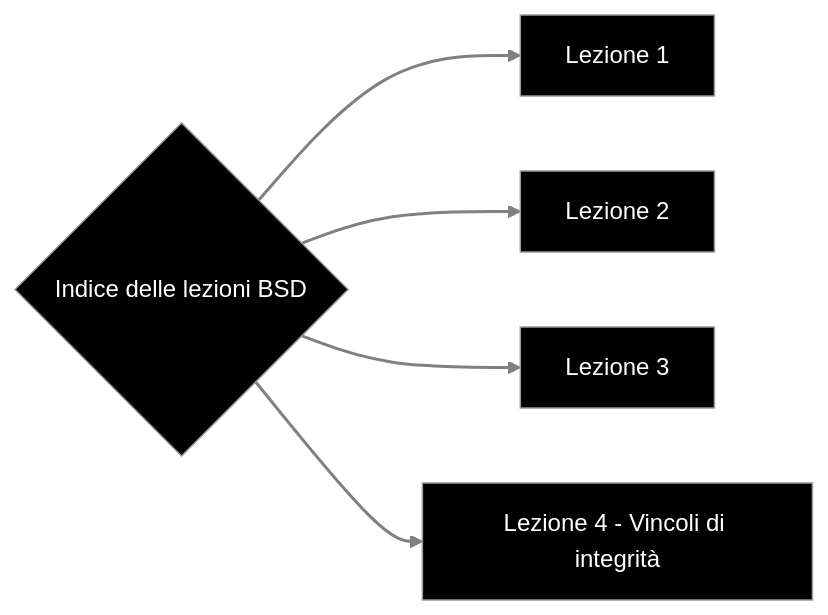
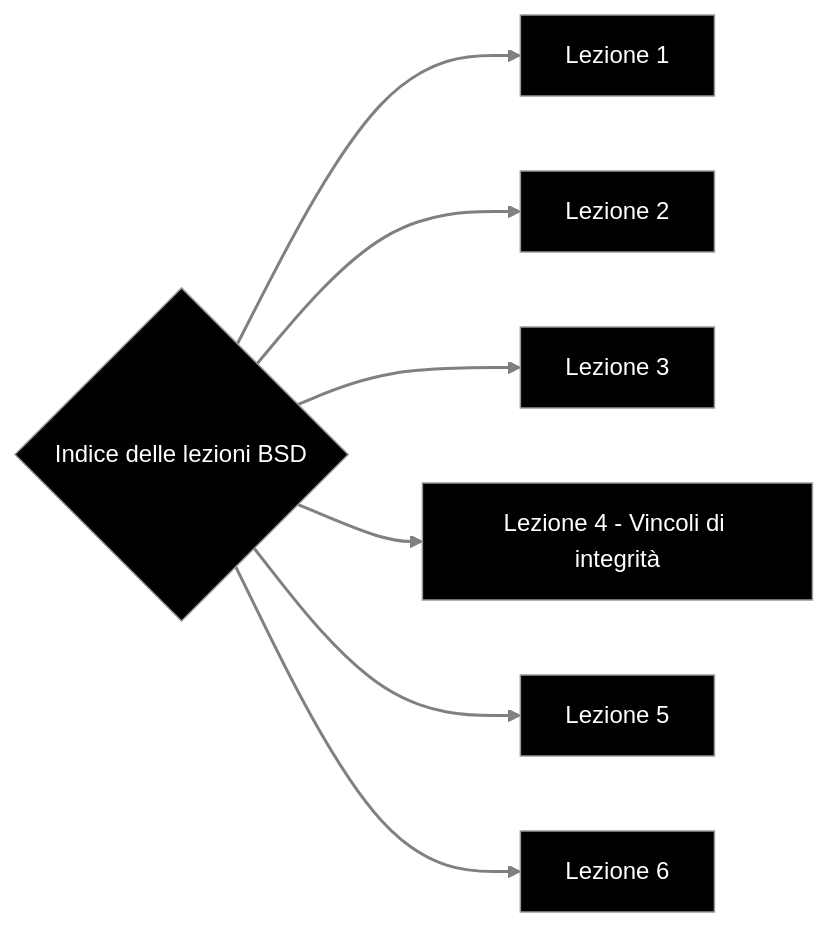
The diagram in Appunti BSD/MOD I/Indice delle lezioni BSD.md (francosalvucci14/Appunti-II-anno), drawn with Mermaid (neutral theme) before and after one commit. The commit also changed other lines of this file and 3 other files, not shown here.

````diff
--- a/Appunti BSD/MOD I/Indice delle lezioni BSD.md
+++ b/Appunti BSD/MOD I/Indice delle lezioni BSD.md
@@ -9,18 +12,22 @@
 ```mermaid
 graph LR
 	A{Indice delle lezioni BSD}
 	B[Lezione 1]
 	C[Lezione 2]
 	D[Lezione 3]
 	E[Lezione 4 - Vincoli di integrità]
+	F[Lezione 5]
+	G[Lezione 6]
 	
 	linkStyle default stroke-width:2px,fill:none,stroke:grey,color:red
 
 	style A fill:black, color:#fff
 	style B fill:black, color:#fff
 	style C fill:black, color:#fff
 	style D fill:black, color:#fff
 	style E fill:black, color:#fff
-	A-->B & C & D & E
+	style F fill:black, color:#fff
+	style G fill:black, color:#fff
+	A-->B & C & D & E & F & G
 	
 ```
````
